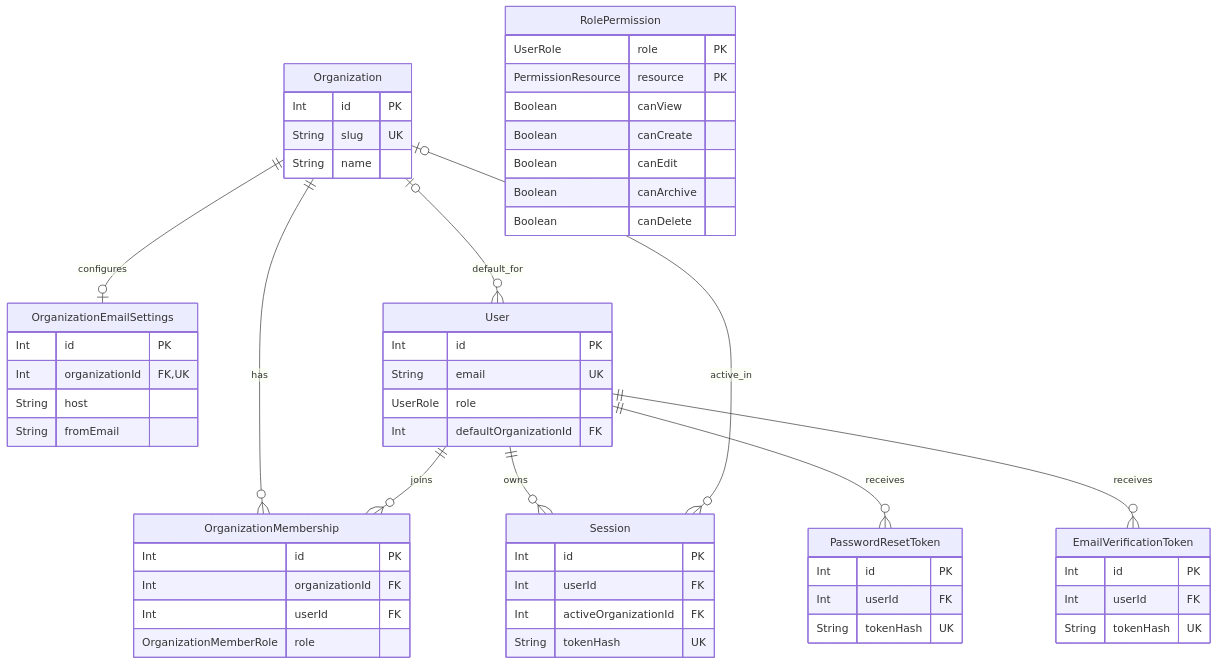
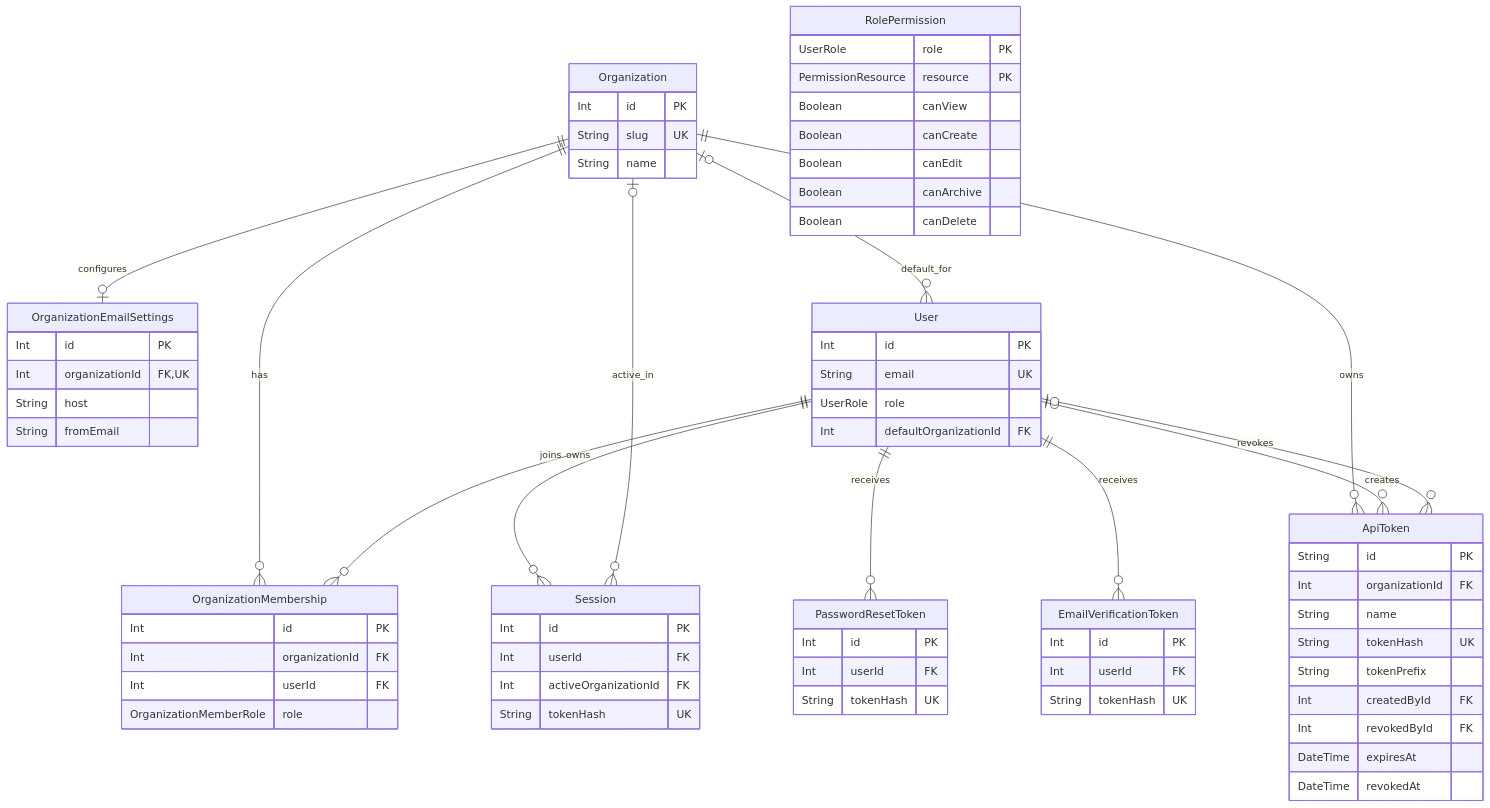
Before and after one commit to parcelis/parcelis: the first of 5 diagrams in apps/docs/content/contributing/database-erd.mdx, drawn with Mermaid. The commit also changed other lines of this file and 1 other file, not shown here.

Commit message:
feat(docs): update contributing guidelines and database ERD to include ApiToken relationships

````diff
--- a/apps/docs/content/contributing/database-erd.mdx
+++ b/apps/docs/content/contributing/database-erd.mdx
@@ -15,60 +18,74 @@
 ```mermaid
 erDiagram
   Organization {
     Int id PK
     String slug UK
     String name
   }
   OrganizationEmailSettings {
     Int id PK
     Int organizationId FK,UK
     String host
     String fromEmail
   }
   OrganizationMembership {
     Int id PK
     Int organizationId FK
     Int userId FK
     OrganizationMemberRole role
   }
   User {
     Int id PK
     String email UK
     UserRole role
     Int defaultOrganizationId FK
   }
   RolePermission {
     UserRole role PK
     PermissionResource resource PK
     Boolean canView
     Boolean canCreate
     Boolean canEdit
     Boolean canArchive
     Boolean canDelete
   }
   Session {
     Int id PK
     Int userId FK
     Int activeOrganizationId FK
     String tokenHash UK
   }
+  ApiToken {
+    String id PK
+    Int organizationId FK
+    String name
+    String tokenHash UK
+    String tokenPrefix
+    Int createdById FK
+    Int revokedById FK
+    DateTime expiresAt
+    DateTime revokedAt
+  }
   PasswordResetToken {
     Int id PK
     Int userId FK
     String tokenHash UK
   }
   EmailVerificationToken {
     Int id PK
     Int userId FK
     String tokenHash UK
   }
 
   Organization ||--o| OrganizationEmailSettings : configures
   Organization ||--o{ OrganizationMembership : has
   User ||--o{ OrganizationMembership : joins
   Organization o|--o{ User : default_for
   User ||--o{ Session : owns
   Organization o|--o{ Session : active_in
   User ||--o{ PasswordResetToken : receives
   User ||--o{ EmailVerificationToken : receives
+  Organization ||--o{ ApiToken : owns
+  User o|--o{ ApiToken : creates
+  User o|--o{ ApiToken : revokes
 ```
````
